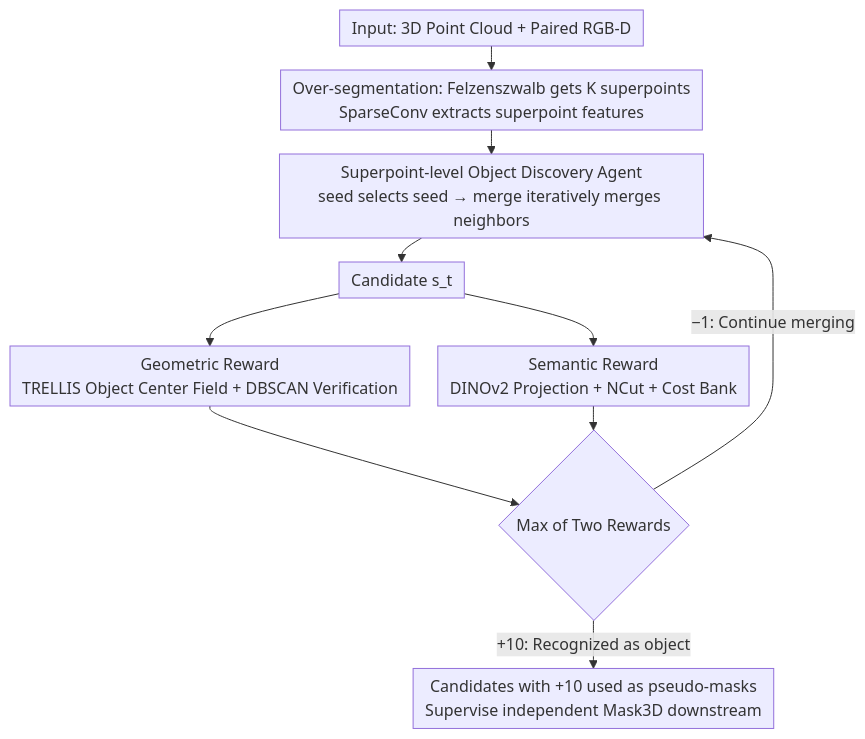
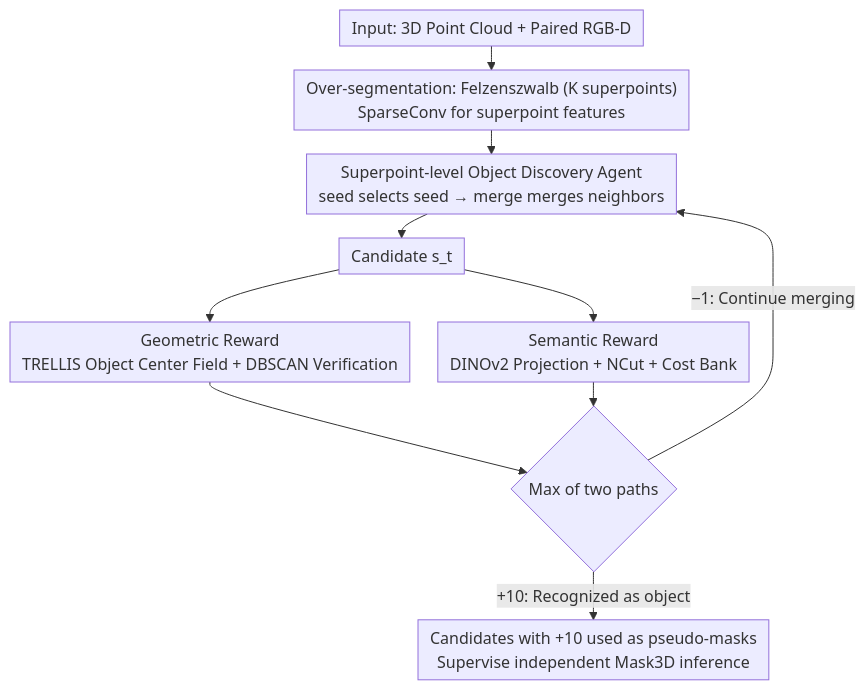
The diagram in docs/ICML2026/3d_vision/foundobj_self-supervised_foundation_models_as_rewards_for_label-free_3d_object_s.md (zhaoyang97/Paper-Notes-en), drawn with Mermaid before and after one commit. The commit also changed other lines of this file and 5084 other files, not shown here.

````diff
--- a/docs/ICML2026/3d_vision/foundobj_self-supervised_foundation_models_as_rewards_for_label-free_3d_object_s.md
+++ b/docs/ICML2026/3d_vision/foundobj_self-supervised_foundation_models_as_rewards_for_label-free_3d_object_s.md
@@ -46,13 +46,13 @@
 ```mermaid
 %%{init: {'flowchart': {'rankSpacing': 24, 'nodeSpacing': 28, 'padding': 6, 'wrappingWidth': 400}}}%%
 flowchart TD
-    A["Input: 3D Point Cloud + Paired RGB-D"] --> B["Over-segmentation: Felzenszwalb gets K superpoints<br/>SparseConv extracts superpoint features"]
-    B --> C["Superpoint-level Object Discovery Agent<br/>seed selects seed → merge iteratively merges neighbors"]
+    A["Input: 3D Point Cloud + Paired RGB-D"] --> B["Over-segmentation: Felzenszwalb (K superpoints)<br/>SparseConv for superpoint features"]
+    B --> C["Superpoint-level Object Discovery Agent<br/>seed selects seed → merge merges neighbors"]
     C --> D["Candidate s_t"]
     D --> E["Geometric Reward<br/>TRELLIS Object Center Field + DBSCAN Verification"]
     D --> F["Semantic Reward<br/>DINOv2 Projection + NCut + Cost Bank"]
-    E --> G{"Max of Two Rewards"}
+    E --> G{"Max of two paths"}
     F --> G
     G -->|"−1: Continue merging"| C
-    G -->|"+10: Recognized as object"| H["Candidates with +10 used as pseudo-masks<br/>Supervise independent Mask3D downstream"]
+    G -->|"+10: Recognized as object"| H["Candidates with +10 used as pseudo-masks<br/>Supervise independent Mask3D inference"]
 ```
````
